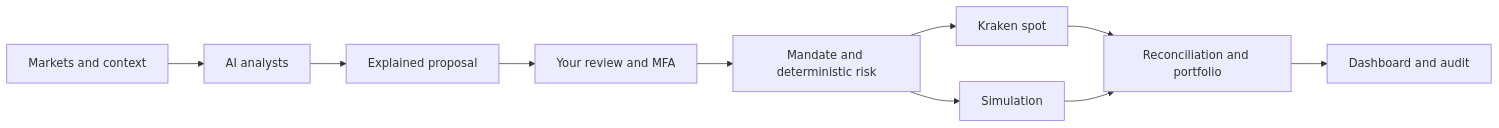
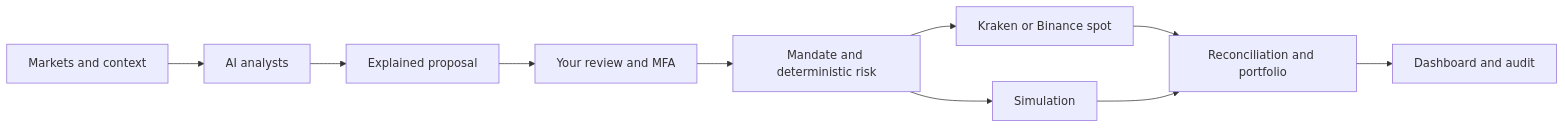
The diagram in README.en.md (robgallardof/wallybot), drawn with Mermaid before and after one commit. The commit also changed other lines of this file and 74 other files, not shown here.

First line of the commit message:
Add Binance spot venue, gross market references and refreshed workspace settings

````diff
--- a/README.en.md
+++ b/README.en.md
@@ -165,12 +166,12 @@
 ```mermaid
 flowchart LR
     M[Markets and context] --> A[AI analysts]
     A --> P[Explained proposal]
     P --> U[Your review and MFA]
     U --> R[Mandate and deterministic risk]
-    R --> K[Kraken spot]
+    R --> K[Kraken or Binance spot]
     R --> S[Simulation]
     K --> C[Reconciliation and portfolio]
     S --> C
     C --> D[Dashboard and audit]
 ```
````
